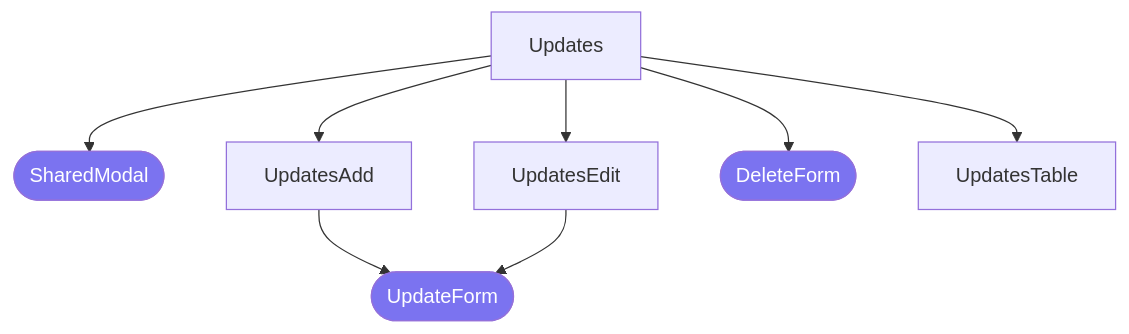
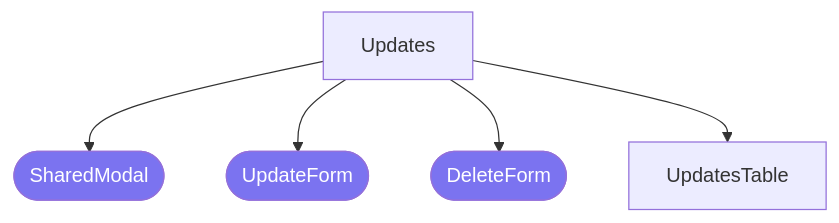
The fifth of 6 diagrams in dev/README.md (chrischow/rokr), drawn with Mermaid before and after one commit. The commit also changed other lines of this file, not shown here.

````diff
--- a/dev/README.md
+++ b/dev/README.md
@@ -224,14 +230,10 @@
 ```mermaid
 graph TD
   Updates --> SM([SharedModal])
-  Updates --> UpdatesAdd
-  Updates --> UpdatesEdit
+  Updates --> UF([UpdateForm])
   Updates --> DF([DeleteForm])
   Updates --> UpdatesTable
-
-  UpdatesAdd --> UF([UpdateForm])
-  UpdatesEdit --> UF
 
   classDef shared fill:#7b73f0,color:white
   class PC,SM,DF,UF,OF,KRF,PB shared
 ```
````
